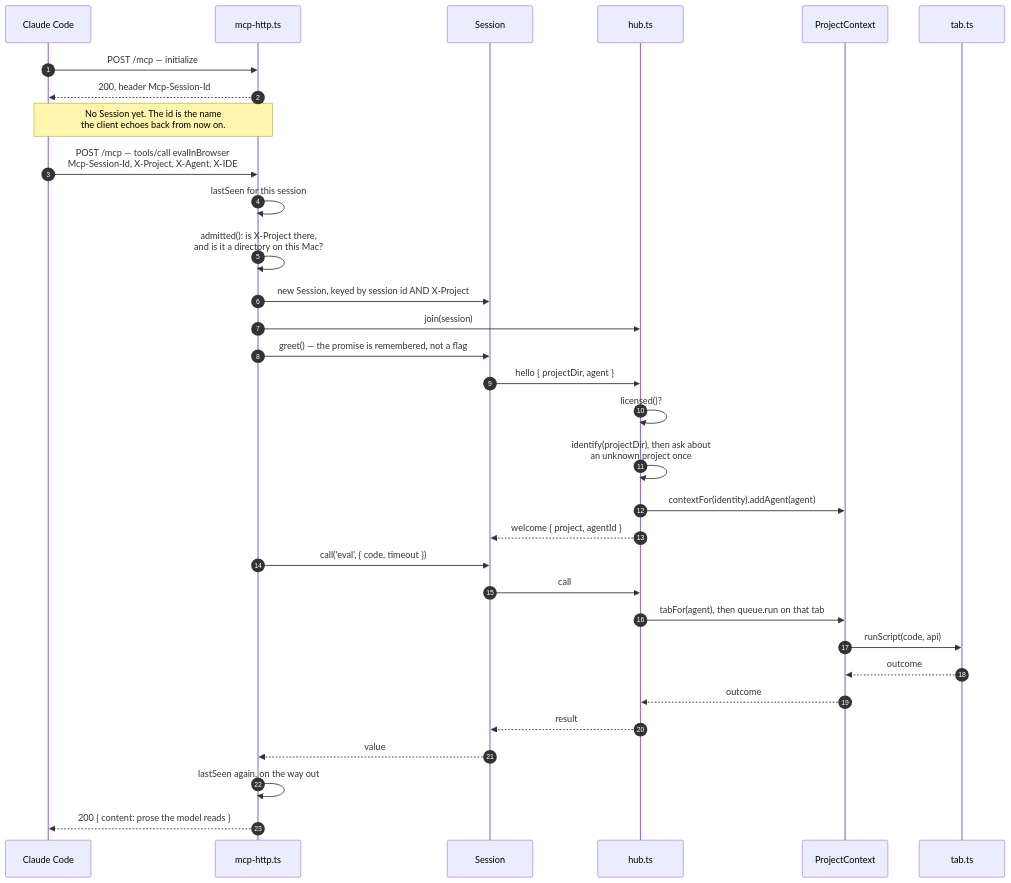
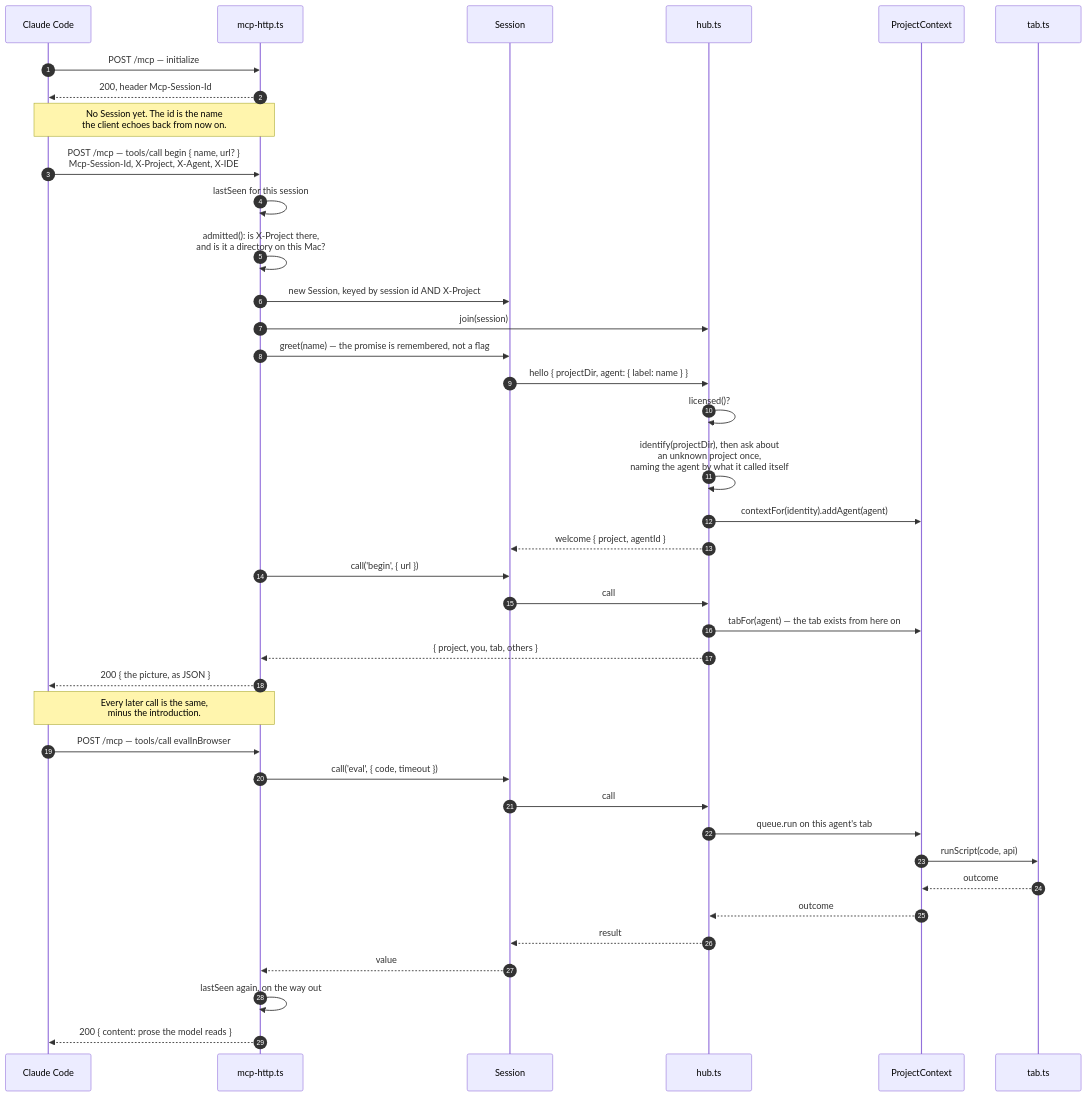
Before and after one commit to korchasa/naoba-agent-browser: the first of 4 diagrams in documents/how-a-session-works.md, drawn with Mermaid. The commit also changed 6 other files, not shown here.

First line of the commit message:
feat: an agent says who it is, and gets its tab, in one call

````diff
--- a/documents/how-a-session-works.md
+++ b/documents/how-a-session-works.md
@@ -15,36 +15,45 @@
 ```mermaid
 sequenceDiagram
     autonumber
     participant IDE as Claude Code
     participant HTTP as mcp-http.ts
     participant S as Session
     participant Hub as hub.ts
     participant Ctx as ProjectContext
     participant Tab as tab.ts
 
     IDE->>HTTP: POST /mcp — initialize
     HTTP-->>IDE: 200, header Mcp-Session-Id
     Note over IDE,HTTP: No Session yet. The id is the name<br/>the client echoes back from now on.
 
-    IDE->>HTTP: POST /mcp — tools/call evalInBrowser<br/>Mcp-Session-Id, X-Project, X-Agent, X-IDE
+    IDE->>HTTP: POST /mcp — tools/call begin { name, url? }<br/>Mcp-Session-Id, X-Project, X-Agent, X-IDE
     HTTP->>HTTP: lastSeen for this session
     HTTP->>HTTP: admitted(): is X-Project there,<br/>and is it a directory on this Mac?
     HTTP->>S: new Session, keyed by session id AND X-Project
     HTTP->>Hub: join(session)
-    HTTP->>S: greet() — the promise is remembered, not a flag
-    S->>Hub: hello { projectDir, agent }
+    HTTP->>S: greet(name) — the promise is remembered, not a flag
+    S->>Hub: hello { projectDir, agent: { label: name } }
     Hub->>Hub: licensed()?
-    Hub->>Hub: identify(projectDir), then ask about<br/>an unknown project once
+    Hub->>Hub: identify(projectDir), then ask about<br/>an unknown project once,<br/>naming the agent by what it called itself
     Hub->>Ctx: contextFor(identity).addAgent(agent)
     Hub-->>S: welcome { project, agentId }
+    HTTP->>S: call('begin', { url })
+    S->>Hub: call
+    Hub->>Ctx: tabFor(agent) — the tab exists from here on
+    Hub-->>HTTP: { project, you, tab, others }
+    HTTP-->>IDE: 200 { the picture, as JSON }
+
+    Note over IDE,HTTP: Every later call is the same,<br/>minus the introduction.
+
+    IDE->>HTTP: POST /mcp — tools/call evalInBrowser
     HTTP->>S: call('eval', { code, timeout })
     S->>Hub: call
-    Hub->>Ctx: tabFor(agent), then queue.run on that tab
+    Hub->>Ctx: queue.run on this agent's tab
     Ctx->>Tab: runScript(code, api)
     Tab-->>Ctx: outcome
     Ctx-->>Hub: outcome
     Hub-->>S: result
     S-->>HTTP: value
     HTTP->>HTTP: lastSeen again, on the way out
     HTTP-->>IDE: 200 { content: prose the model reads }
 ```
````
